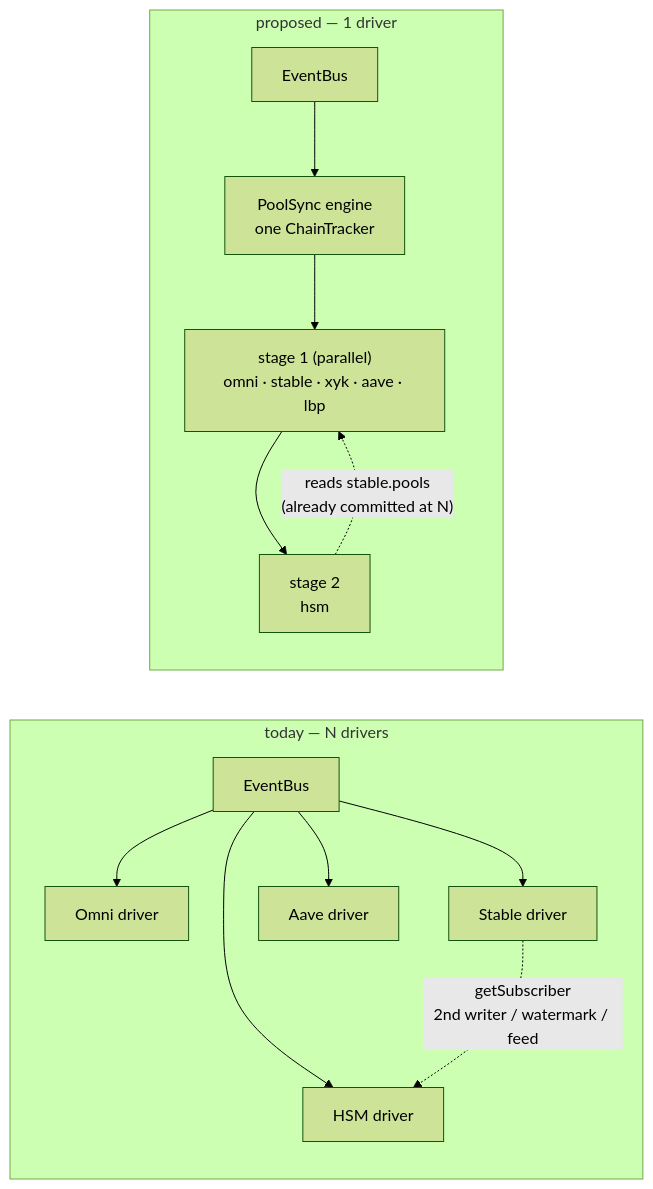
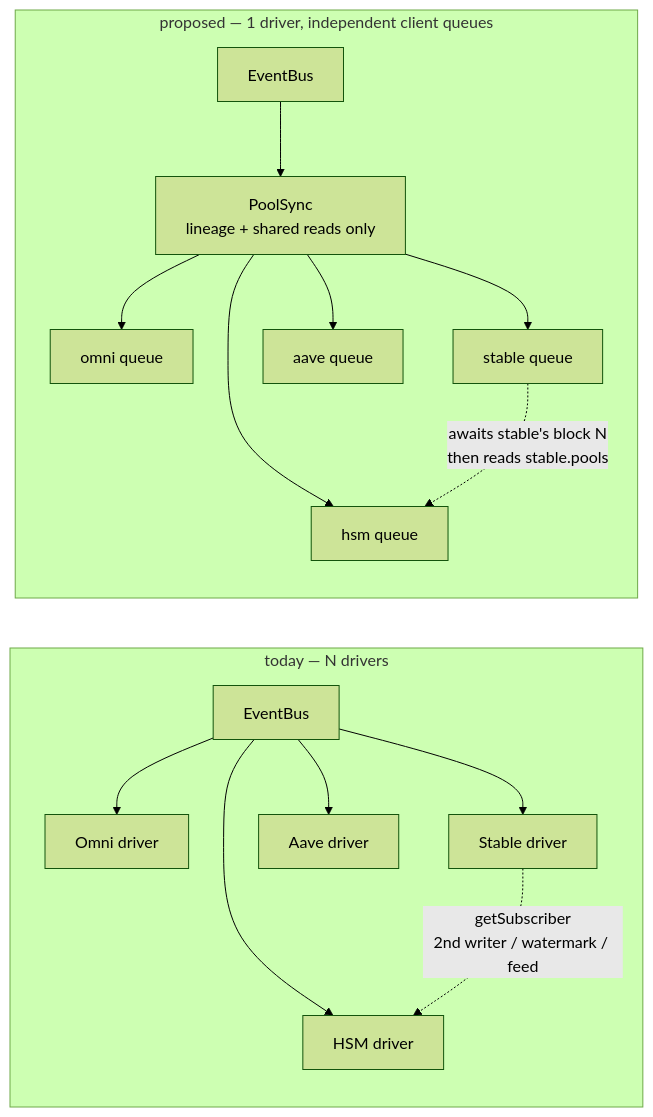
Before and after one commit to galacticcouncil/sdk: the first of 2 diagrams in packages/sdk-next/docs/SYNC_ENGINE.md, drawn with Mermaid (forest theme). The commit also changed other lines of this file and 11 other files, not shown here.

Commit message:
pool: shared sync support

````diff
--- a/packages/sdk-next/docs/SYNC_ENGINE.md
+++ b/packages/sdk-next/docs/SYNC_ENGINE.md
@@ -50,18 +56,20 @@
 ```mermaid
 flowchart LR
   subgraph today["today — N drivers"]
     B1[EventBus]
     B1 --> O1[Omni driver]
     B1 --> S1[Stable driver]
     B1 --> A1[Aave driver]
     B1 --> H1[HSM driver]
     S1 -. "getSubscriber<br/>2nd writer / watermark / feed" .-> H1
   end
 
-  subgraph proposed["proposed — 1 driver"]
-    B2[EventBus] --> E[PoolSync engine<br/>one ChainTracker]
-    E --> ST1["stage 1 (parallel)<br/>omni · stable · xyk · aave · lbp"]
-    ST1 --> ST2["stage 2<br/>hsm"]
-    ST2 -. "reads stable.pools<br/>(already committed at N)" .-> ST1
+  subgraph proposed["proposed — 1 driver, independent client queues"]
+    B2[EventBus] --> E["PoolSync<br/>lineage + shared reads only"]
+    E --> Q1[omni queue]
+    E --> Q2[stable queue]
+    E --> Q3[aave queue]
+    E --> Q4[hsm queue]
+    Q2 -. "awaits stable's block N<br/>then reads stable.pools" .-> Q4
   end
 ```
````
